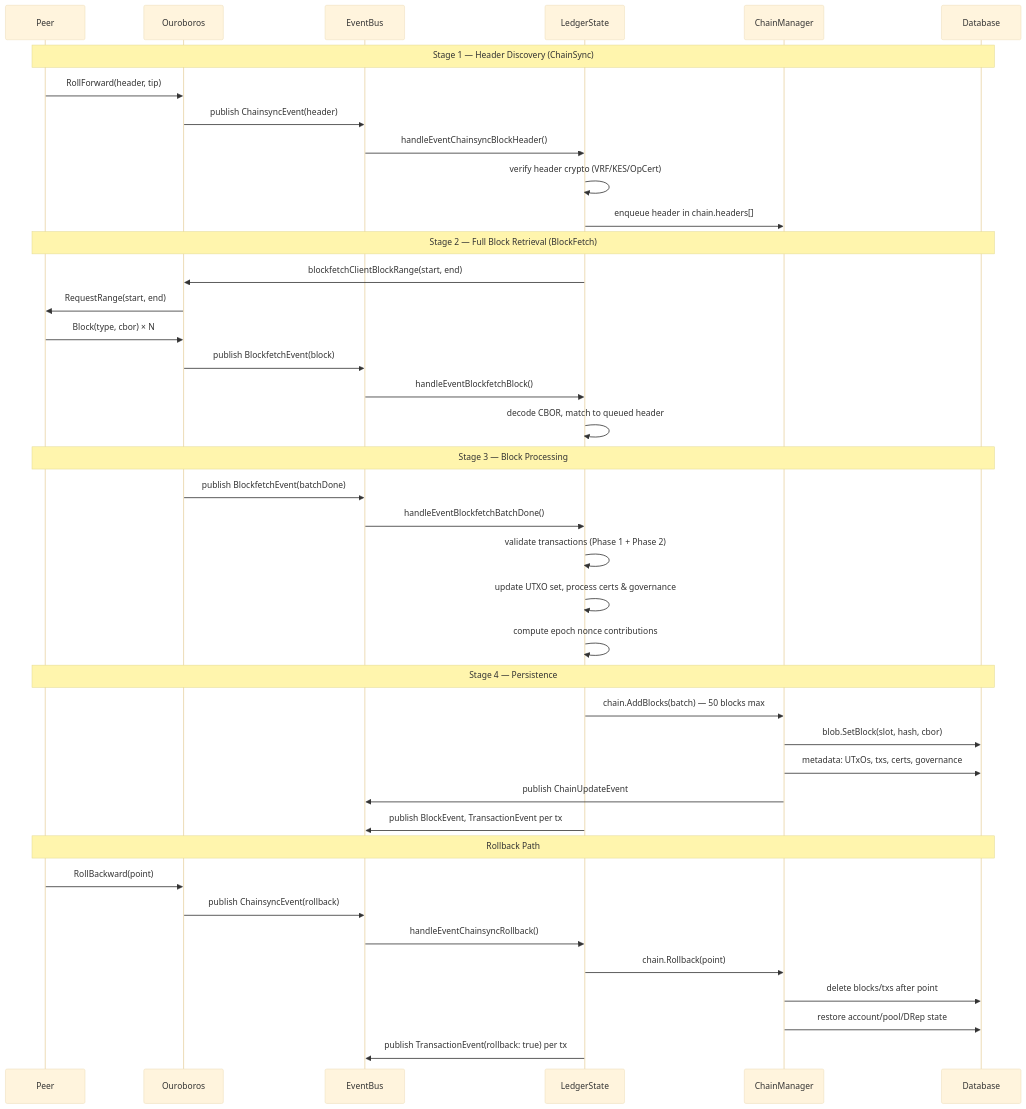
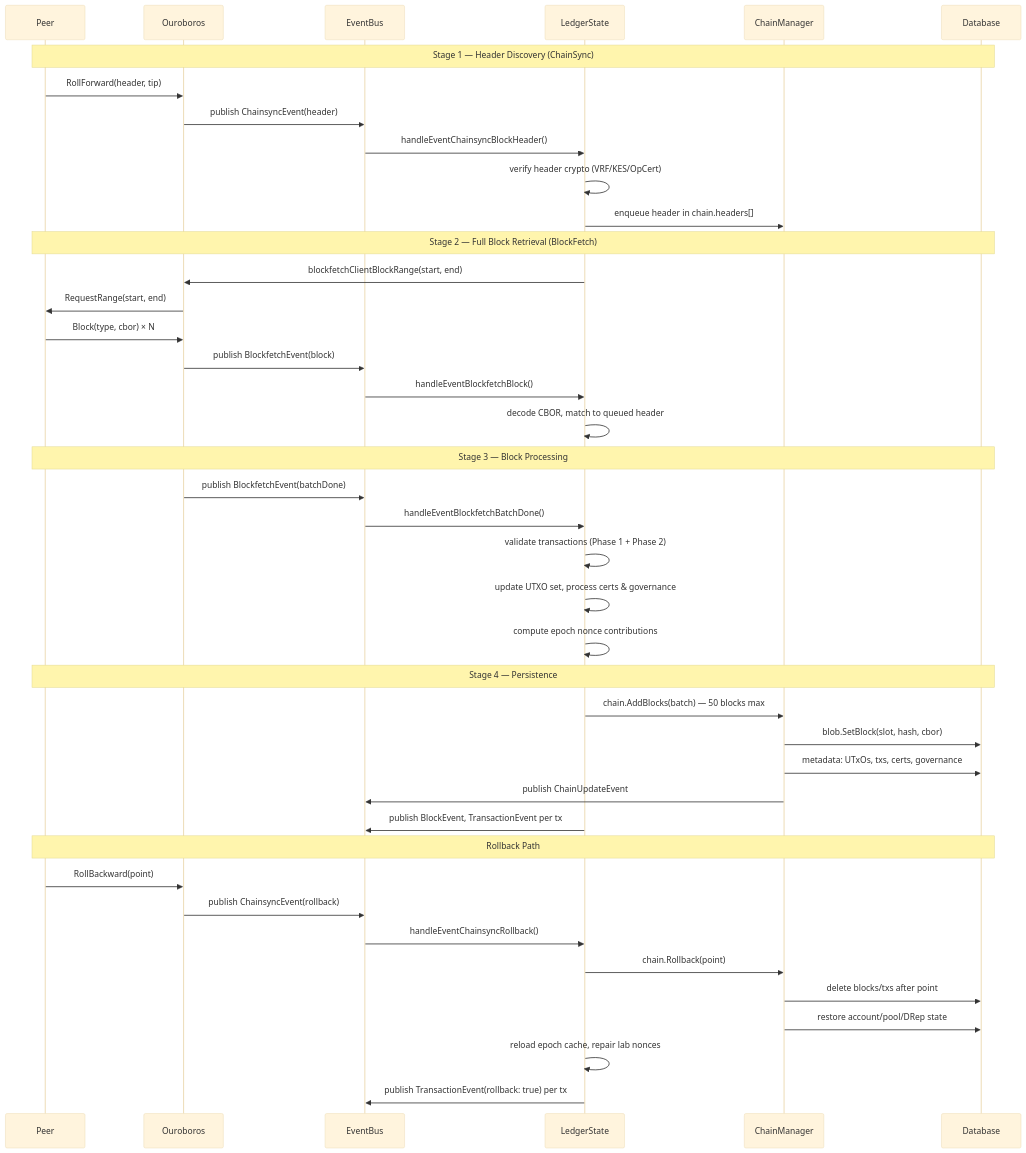
Before and after one commit to blinklabs-io/dingo: the third of 5 diagrams in ARCHITECTURE.md, drawn with Mermaid (base theme). The commit also changed other lines of this file and 16 other files, not shown here.

Commit message:
fix: epoch lab nonce (#2691)

````diff
--- a/ARCHITECTURE.md
+++ b/ARCHITECTURE.md
@@ -234,47 +234,48 @@
 ```mermaid
 sequenceDiagram
     participant Peer
     participant OB as Ouroboros
     participant EB as EventBus
     participant LS as LedgerState
     participant ChM as ChainManager
     participant DB as Database
 
     Note over Peer,DB: Stage 1 — Header Discovery (ChainSync)
     Peer->>OB: RollForward(header, tip)
     OB->>EB: publish ChainsyncEvent(header)
     EB->>LS: handleEventChainsyncBlockHeader()
     LS->>LS: verify header crypto (VRF/KES/OpCert)
     LS->>ChM: enqueue header in chain.headers[]
 
     Note over Peer,DB: Stage 2 — Full Block Retrieval (BlockFetch)
     LS->>OB: blockfetchClientBlockRange(start, end)
     OB->>Peer: RequestRange(start, end)
     Peer->>OB: Block(type, cbor) × N
     OB->>EB: publish BlockfetchEvent(block)
     EB->>LS: handleEventBlockfetchBlock()
     LS->>LS: decode CBOR, match to queued header
 
     Note over Peer,DB: Stage 3 — Block Processing
     OB->>EB: publish BlockfetchEvent(batchDone)
     EB->>LS: handleEventBlockfetchBatchDone()
     LS->>LS: validate transactions (Phase 1 + Phase 2)
     LS->>LS: update UTXO set, process certs & governance
     LS->>LS: compute epoch nonce contributions
 
     Note over Peer,DB: Stage 4 — Persistence
     LS->>ChM: chain.AddBlocks(batch) — 50 blocks max
     ChM->>DB: blob.SetBlock(slot, hash, cbor)
     ChM->>DB: metadata: UTxOs, txs, certs, governance
     ChM->>EB: publish ChainUpdateEvent
     LS->>EB: publish BlockEvent, TransactionEvent per tx
 
     Note over Peer,DB: Rollback Path
     Peer->>OB: RollBackward(point)
     OB->>EB: publish ChainsyncEvent(rollback)
     EB->>LS: handleEventChainsyncRollback()
     LS->>ChM: chain.Rollback(point)
     ChM->>DB: delete blocks/txs after point
     ChM->>DB: restore account/pool/DRep state
+    LS->>LS: reload epoch cache, repair lab nonces
     LS->>EB: publish TransactionEvent(rollback: true) per tx
 ```
````
